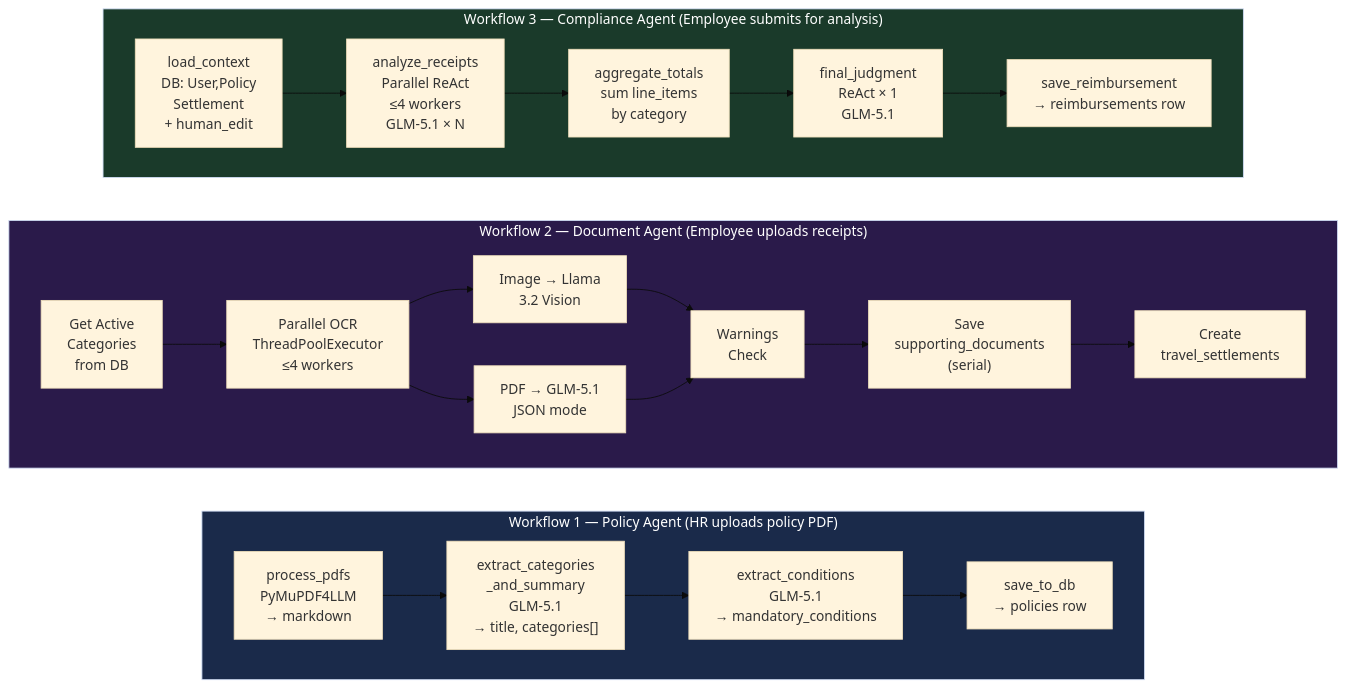
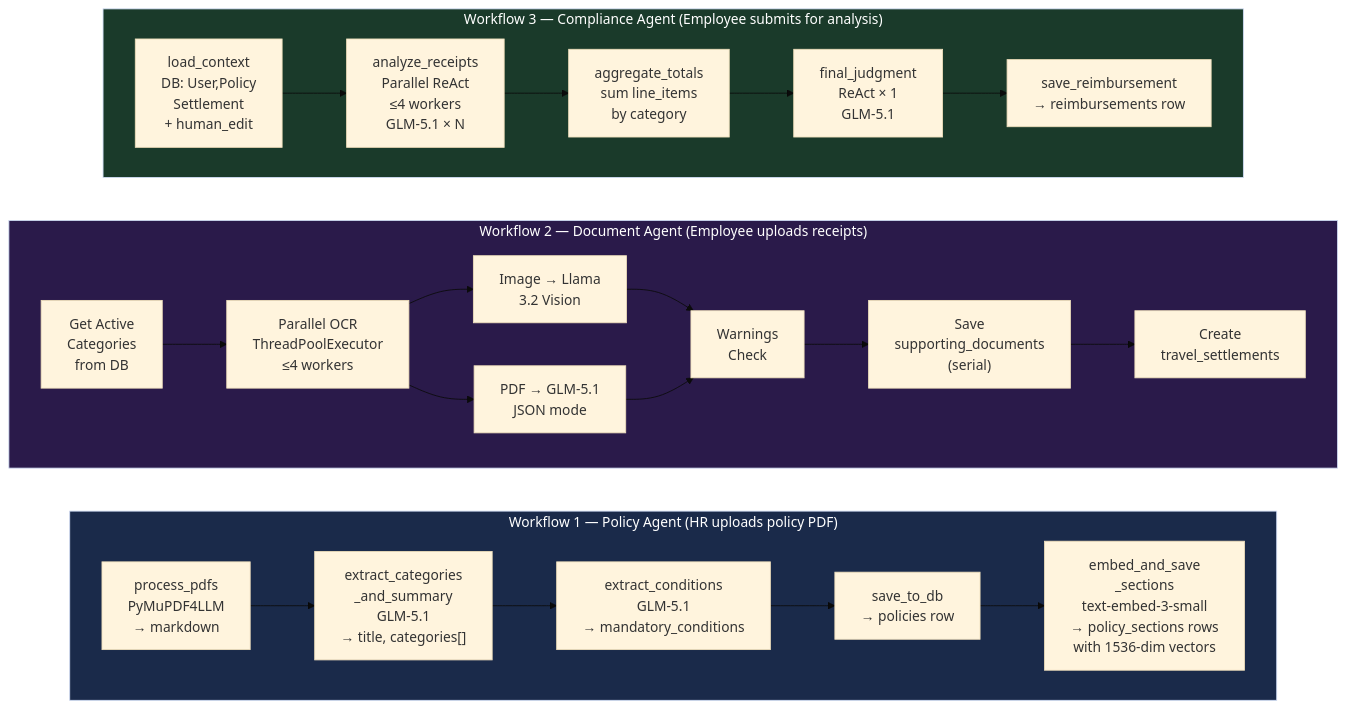
The sixth of 6 diagrams in docs/ai-templates/sad/SAD_Mermaid_Diagram.md (FilbertNg/reclaim_backup), drawn with Mermaid (base theme) before and after one commit. The commit also changed other lines of this file and 6 other files, not shown here.

````diff
--- a/docs/ai-templates/sad/SAD_Mermaid_Diagram.md
+++ b/docs/ai-templates/sad/SAD_Mermaid_Diagram.md
@@ -322,24 +332,24 @@
 ```mermaid
 flowchart LR
     subgraph W1["Workflow 1 — Policy Agent (HR uploads policy PDF)"]
         direction LR
-        A1["process_pdfs\nPyMuPDF4LLM\n→ markdown"] --> A2["extract_categories\n_and_summary\nGLM-5.1\n→ title, categories[]"] --> A3["extract_conditions\nGLM-5.1\n→ mandatory_conditions"] --> A4["save_to_db\n→ policies row"]
+        A1["process_pdfs\nPyMuPDF4LLM\n→ markdown"] --> A2["extract_categories\n_and_summary\nGLM-5.1\n→ title, categories[]"] --> A3["extract_conditions\nGLM-5.1\n→ mandatory_conditions"] --> A4["save_to_db\n→ policies row"] --> A5["embed_and_save\n_sections\ntext-embed-3-small\n→ policy_sections rows\n  with 1536-dim vectors"]
     end
 
     subgraph W2["Workflow 2 — Document Agent (Employee uploads receipts)"]
         direction LR
         B1["Get Active\nCategories\nfrom DB"] --> B2["Parallel OCR\nThreadPoolExecutor\n≤4 workers"]
         B2 --> B3["Image → Llama\n3.2 Vision"]
         B2 --> B4["PDF → GLM-5.1\nJSON mode"]
         B3 & B4 --> B5["Warnings\nCheck"] --> B6["Save\nsupporting_documents\n(serial)"] --> B7["Create\ntravel_settlements"]
     end
 
     subgraph W3["Workflow 3 — Compliance Agent (Employee submits for analysis)"]
         direction LR
         C1["load_context\nDB: User,Policy\nSettlement\n+ human_edit"] --> C2["analyze_receipts\nParallel ReAct\n≤4 workers\nGLM-5.1 × N"] --> C3["aggregate_totals\nsum line_items\nby category"] --> C4["final_judgment\nReAct × 1\nGLM-5.1"] --> C5["save_reimbursement\n→ reimbursements row"]
     end
 
     style W1 fill:#1a2a4a,color:#fff
     style W2 fill:#2a1a4a,color:#fff
     style W3 fill:#1a3a2a,color:#fff
 ```
````
